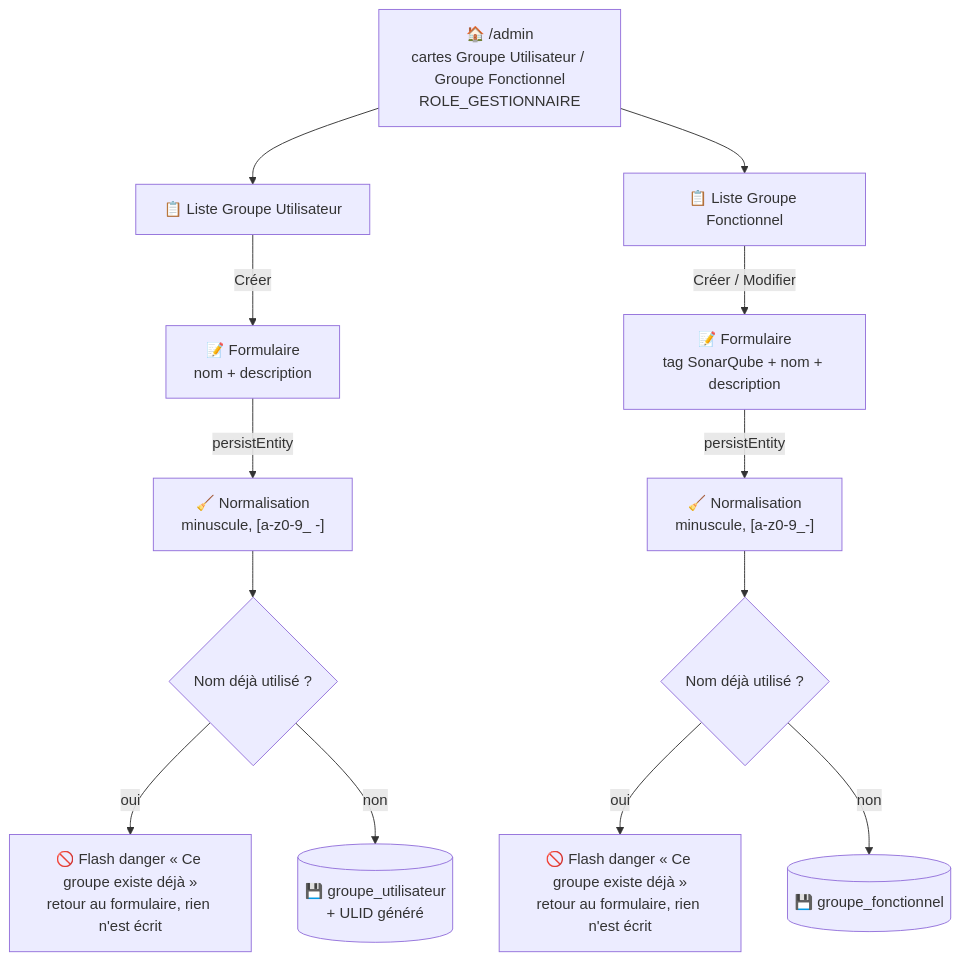
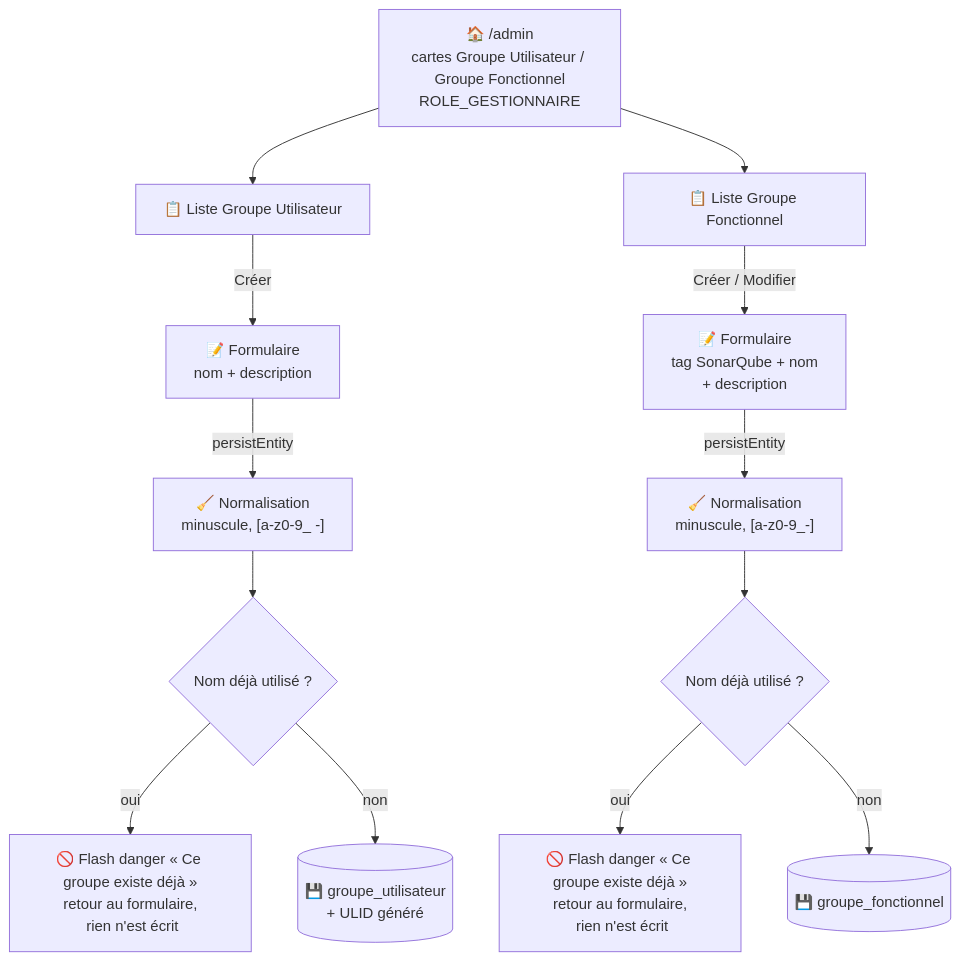
One commit to Laurent-hadjadj/ma-moulinette changed the diagram in mkDocs/docs/ma-moulinette/back-office/groupes.md. Above: the diagram before and after it, drawn with Mermaid. The commit also changed other lines of this file, not shown here.

````diff
--- a/mkDocs/docs/ma-moulinette/back-office/groupes.md
+++ b/mkDocs/docs/ma-moulinette/back-office/groupes.md
@@ -12,17 +14,17 @@
 ```mermaid
 flowchart TD
     Home["🏠 /admin<br/>cartes Groupe Utilisateur / Groupe Fonctionnel<br/>ROLE_GESTIONNAIRE"] --> IndexGU["📋 Liste Groupe Utilisateur"]
     Home --> IndexGF["📋 Liste Groupe Fonctionnel"]
 
     IndexGU -->|Créer| FormGU["📝 Formulaire<br/>nom + description"]
     FormGU -->|persistEntity| NormGU["🧹 Normalisation<br/>minuscule, [a-z0-9_ -]"]
     NormGU --> CheckGU{"Nom déjà utilisé ?"}
-    CheckGU -->|oui| FlashGU["🚫 Flash danger « Ce groupe existe déjà »<br/>retour au formulaire, rien n'est écrit"]
+    CheckGU -->|oui| FlashGU["🚫 Flash danger « Ce groupe existe déjà »<br/>retour au formulaire,<br> rien n'est écrit"]
     CheckGU -->|non| SaveGU[("💾 groupe_utilisateur<br/>+ ULID généré")]
 
-    IndexGF -->|Créer / Modifier| FormGF["📝 Formulaire<br/>tag SonarQube + nom + description"]
+    IndexGF -->|Créer / Modifier| FormGF["📝 Formulaire<br/>tag SonarQube + nom<br> + description"]
     FormGF -->|persistEntity| NormGF["🧹 Normalisation<br/>minuscule, [a-z0-9_-]"]
     NormGF --> CheckGF{"Nom déjà utilisé ?"}
-    CheckGF -->|oui| FlashGF["🚫 Flash danger « Ce groupe existe déjà »<br/>retour au formulaire, rien n'est écrit"]
+    CheckGF -->|oui| FlashGF["🚫 Flash danger « Ce groupe existe déjà »<br/>retour au formulaire,<br> rien n'est écrit"]
     CheckGF -->|non| SaveGF[("💾 groupe_fonctionnel")]
 ```
````
